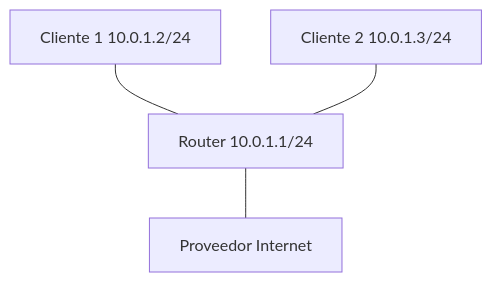
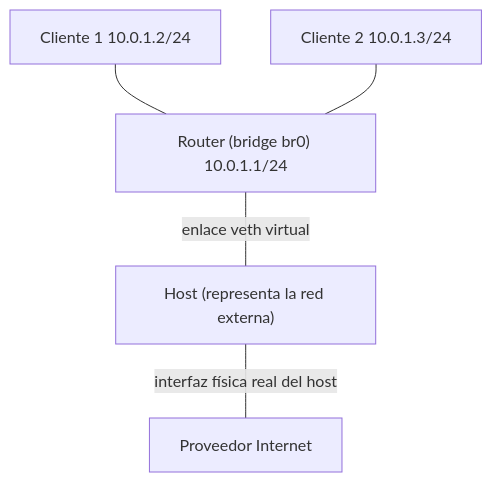
One commit to asideloko/Networking-Lab changed the diagram in docs/labs/lab-02/index.md. Above: the diagram before and after it, drawn with Mermaid. The commit also changed other lines of this file and 18 other files, not shown here.

````diff
--- a/docs/labs/lab-02/index.md
+++ b/docs/labs/lab-02/index.md
@@ -34,10 +34,12 @@
 ```mermaid
 graph TB
     C1[Cliente 1 10.0.1.2/24]
     C2[Cliente 2 10.0.1.3/24]
-    R[Router 10.0.1.1/24]
+    R["Router (bridge br0) 10.0.1.1/24"]
+    H["Host (representa la red externa)"]
     ISP[Proveedor Internet]
     C1 --- R
     C2 --- R
-    R --- ISP
+    R -- "enlace veth virtual" --- H
+    H -- "interfaz física real del host" --- ISP
 ```
````
